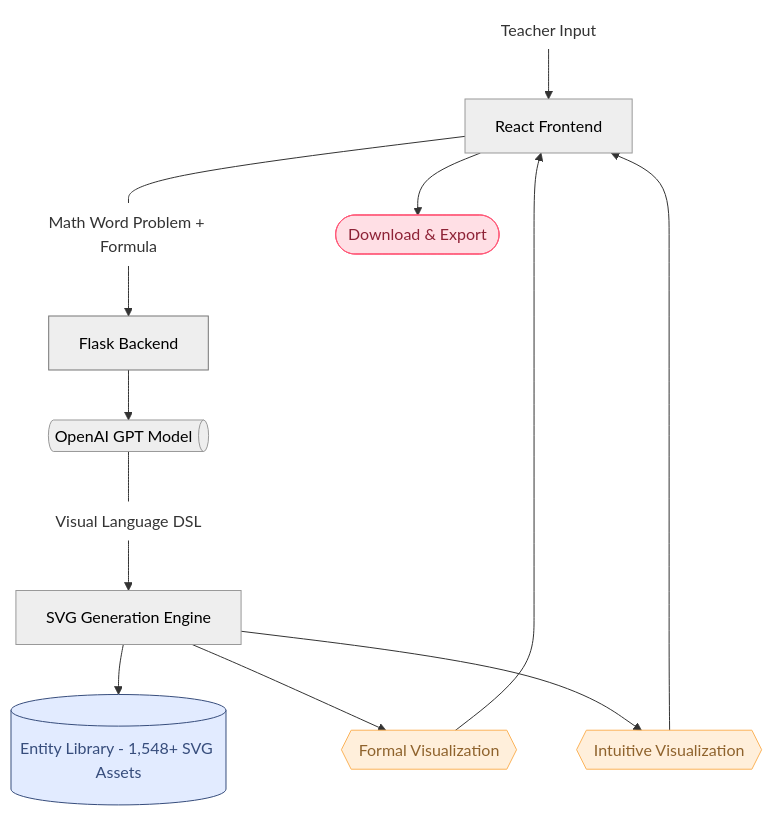
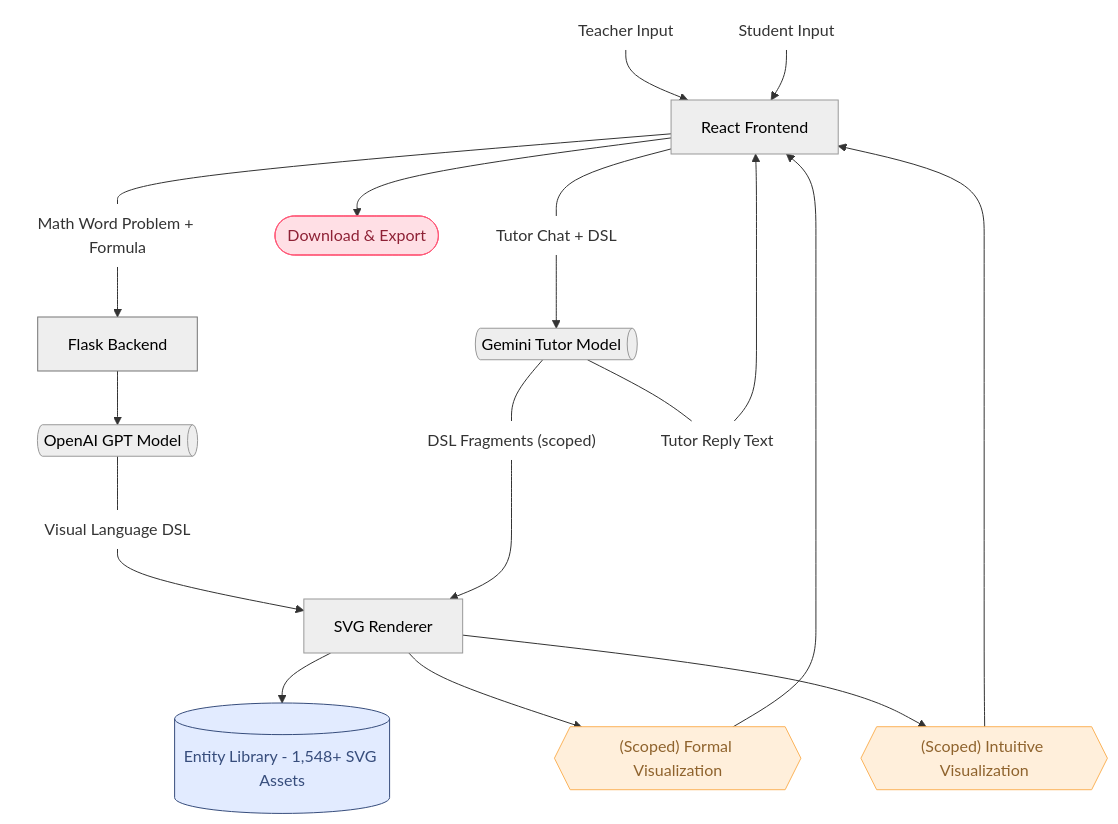
Before and after one commit to 7i6ht/math2visual: the diagram in README.md, drawn with Mermaid.

Commit message:
Enhance README with updated flowchart for Teacher and Student modes
- Updated the flowchart in the README to include a new section for Student mode, detailing the AI tutor functionality.
- Renamed "SVG Generation Engine" to "SVG Renderer" for clarity.
- Added scoped labels for formal and intuitive visualizations to improve understanding of the system's capabilities.

````diff
--- a/README.md
+++ b/README.md
@@ -63,37 +63,53 @@
 ```mermaid
 flowchart TD
+    %% Teacher mode (visual generation)
     A["Teacher Input"] --> B["React Frontend"]
     B --- C["Math Word Problem + Formula"]
     B --> K["Download & Export"]
     C --> D["Flask Backend"]
     D --> E["OpenAI GPT Model"]
     E --- F["Visual Language DSL"]
-    F --> G["SVG Generation Engine"]
-    G --> H["Entity Library - 1,548+ SVG Assets"] & I["Formal Visualization"] & J["Intuitive Visualization"]
+    F --> G["SVG Renderer"]
+    G --> H["Entity Library - 1,548+ SVG Assets"] & I["(Scoped) Formal Visualization"] & J["(Scoped) Intuitive Visualization"]
     I --> B
     J --> B
 
+    %% Student mode (AI tutor using generated visuals)
+    S["Student Input"] --> B
+    B --- T["Tutor Chat + DSL"]
+    T --> M["Gemini Tutor Model"]
+    M --- N["DSL Fragments (scoped)"]
+    M --- P["Tutor Reply Text"]
+    P --> B
+    N --> G
+
     A@{ shape: text}
+    S@{ shape: text}
     C@{ shape: text}
+    T@{ shape: text}
+    P@{ shape: text}
     K@{ shape: terminal}
     E@{ shape: h-cyl}
+    M@{ shape: h-cyl}
     F@{ shape: text}
+    N@{ shape: text}
     H@{ shape: cyl}
     I@{ shape: hex}
     J@{ shape: hex}
      B:::Peach
      B:::Ash
      K:::Rose
      D:::Ash
      E:::Ash
      G:::Ash
      H:::Sky
      I:::Peach
      J:::Peach
+     M:::Ash
     classDef Sky stroke-width:1px, stroke-dasharray:none, stroke:#374D7C, fill:#E2EBFF, color:#374D7C
     classDef Peach stroke-width:1px, stroke-dasharray:none, stroke:#FBB35A, fill:#FFEFDB, color:#8F632D
     classDef Rose stroke-width:1px, stroke-dasharray:none, stroke:#FF5978, fill:#FFDFE5, color:#8E2236
     classDef Class_01 fill:#FFF9C4
     classDef Ash stroke-width:1px, stroke-dasharray:none, stroke:#999999, fill:#EEEEEE, color:#000000
     style D stroke:#757575
 ```
````
